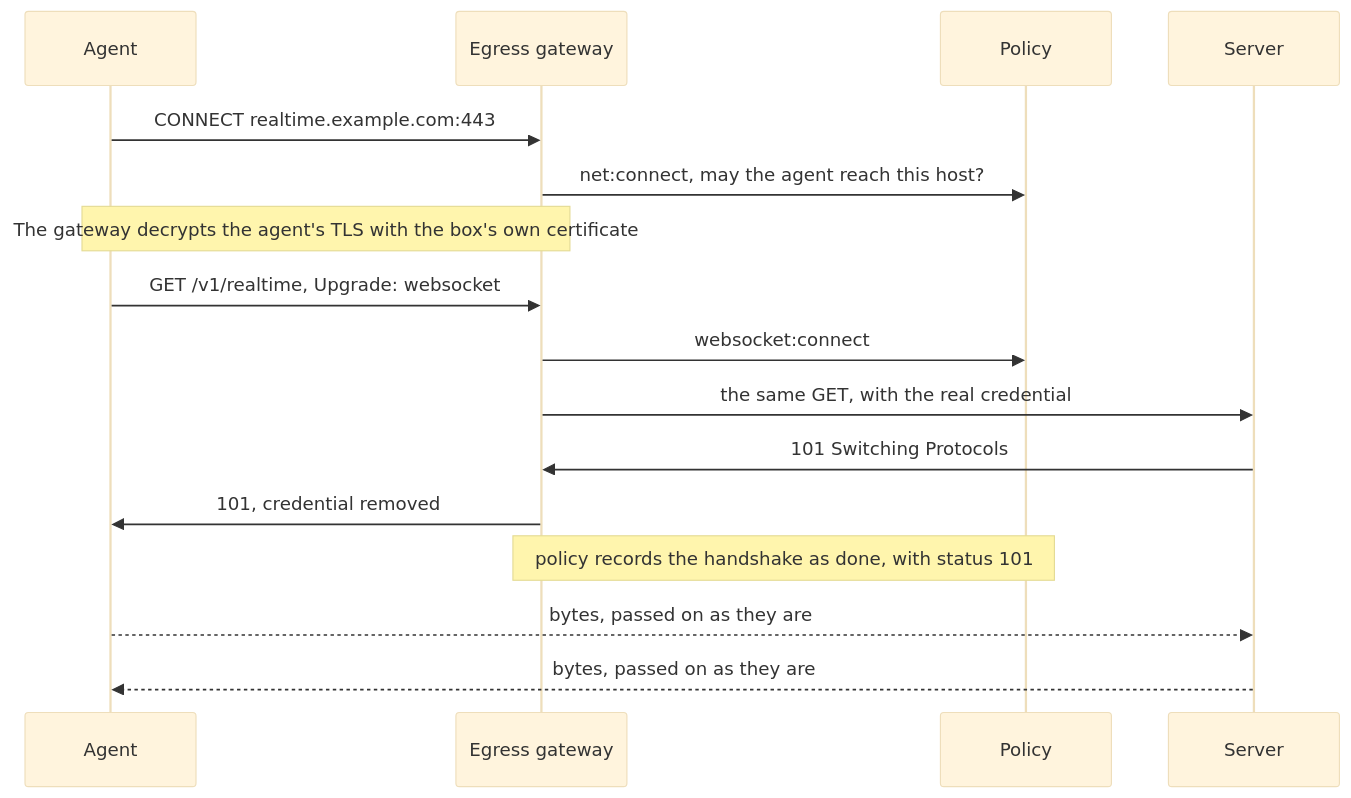
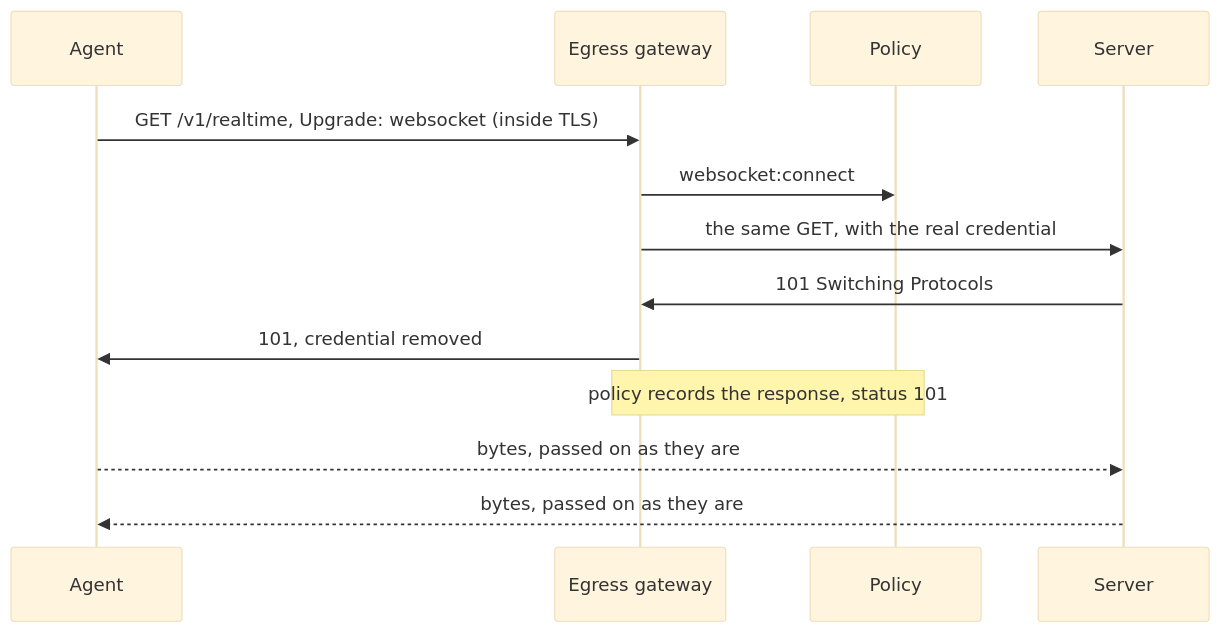
Before and after one commit to strands-agents/box: the diagram in team/designs/0007-egress-websocket.md, drawn with Mermaid (base theme). The commit also changed other lines of this file, not shown here.

````diff
--- a/team/designs/0007-egress-websocket.md
+++ b/team/designs/0007-egress-websocket.md
@@ -25,18 +21,15 @@
 ```mermaid
 sequenceDiagram
     participant W as Agent
     participant G as Egress gateway
     participant P as Policy
     participant U as Server
-    W->>G: CONNECT realtime.example.com:443
-    G->>P: net:connect, may the agent reach this host?
-    Note over W,G: The gateway decrypts the agent's TLS with the box's own certificate
-    W->>G: GET /v1/realtime, Upgrade: websocket
+    W->>G: GET /v1/realtime, Upgrade: websocket (inside TLS)
     G->>P: websocket:connect
     G->>U: the same GET, with the real credential
     U->>G: 101 Switching Protocols
     G->>W: 101, credential removed
-    Note over G,P: policy records the handshake as done, with status 101
+    Note over G,P: policy records the response, status 101
     W-->>U: bytes, passed on as they are
     U-->>W: bytes, passed on as they are
 ```
````
